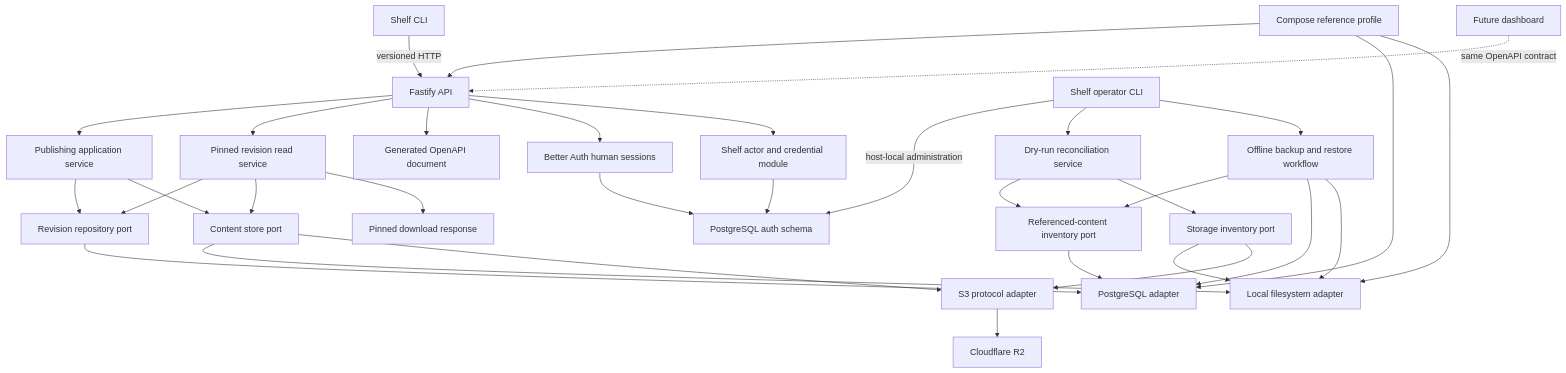
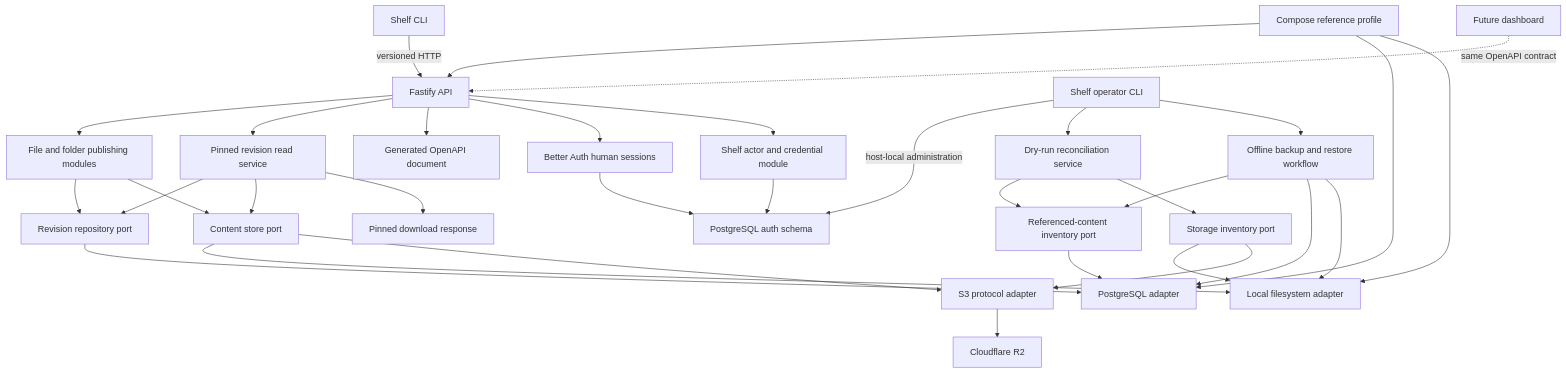
Before and after one commit to amitray007/shelf: the second of 3 diagrams in docs/plans/2026-08-17-0030-feat-shelf-product-plan.md, drawn with Mermaid. The commit also changed other lines of this file and 53 other files, not shown here.

````diff
--- a/docs/plans/2026-08-17-0030-feat-shelf-product-plan.md
+++ b/docs/plans/2026-08-17-0030-feat-shelf-product-plan.md
@@ -304,35 +305,35 @@
 ```mermaid
 flowchart TB
   CLI[Shelf CLI] -->|versioned HTTP| API[Fastify API]
   ADMIN[Shelf operator CLI] -->|host-local administration| AUTHPG
   ADMIN --> RECON[Dry-run reconciliation service]
   ADMIN --> BACKUP[Offline backup and restore workflow]
   COMPOSE[Compose reference profile] --> API
   COMPOSE --> PG
   COMPOSE --> LOCAL
   FUTURE[Future dashboard] -.->|same OpenAPI contract| API
-  API --> APP[Publishing application service]
+  API --> APP[File and folder publishing modules]
   API --> READ[Pinned revision read service]
   APP --> META[Revision repository port]
   APP --> CONTENT[Content store port]
   READ --> META
   READ --> CONTENT
   RECON --> REFS[Referenced-content inventory port]
   RECON --> INVENTORY[Storage inventory port]
   BACKUP --> REFS
   BACKUP --> PG
   BACKUP --> LOCAL
   API --> SPEC[Generated OpenAPI document]
   API --> HUMAN[Better Auth human sessions]
   API --> ACCESS[Shelf actor and credential module]
   HUMAN --> AUTHPG[PostgreSQL auth schema]
   ACCESS --> AUTHPG
   META --> PG[PostgreSQL adapter]
   REFS --> PG
   CONTENT --> LOCAL[Local filesystem adapter]
   CONTENT --> S3[S3 protocol adapter]
   INVENTORY --> LOCAL
   INVENTORY --> S3
   S3 --> R2[Cloudflare R2]
   READ --> DOWNLOAD[Pinned download response]
 ```
````
